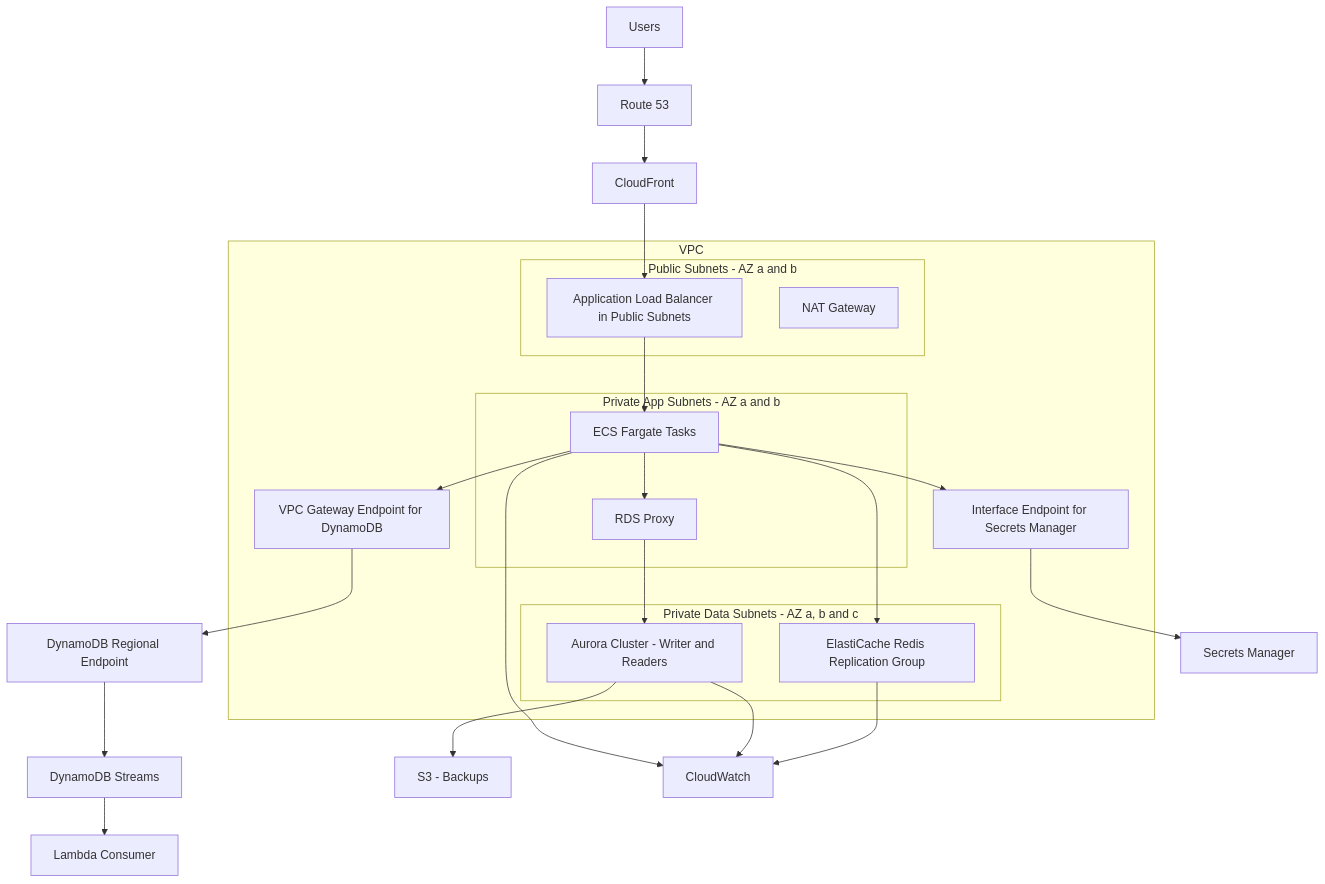
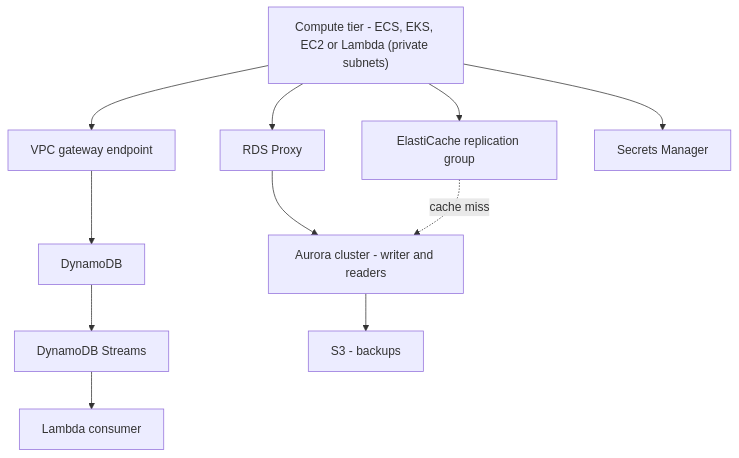
Before and after one commit to norbutlepcha25/dso303: the second of 3 diagrams in docs/unit1/topic5.md, drawn with Mermaid. The commit also changed other lines of this file and 164 other files, not shown here.

````diff
--- a/docs/unit1/topic5.md
+++ b/docs/unit1/topic5.md
@@ -391,36 +258,14 @@
 ```mermaid
 graph TD
-    U["Users"] --> R53["Route 53"]
-    R53 --> CF["CloudFront"]
-    CF --> ALB["Application Load Balancer in Public Subnets"]
-    subgraph VPC["VPC"]
-        subgraph PUB["Public Subnets - AZ a and b"]
-            ALB
-            NAT["NAT Gateway"]
-        end
-        subgraph APPSUB["Private App Subnets - AZ a and b"]
-            ECS["ECS Fargate Tasks"]
-            PROXY["RDS Proxy"]
-        end
-        subgraph DATASUB["Private Data Subnets - AZ a, b and c"]
-            CACHE["ElastiCache Redis Replication Group"]
-            AUR["Aurora Cluster - Writer and Readers"]
-        end
-        GWEP["VPC Gateway Endpoint for DynamoDB"]
-        IFEP["Interface Endpoint for Secrets Manager"]
-    end
-    ALB --> ECS
-    ECS --> CACHE
-    ECS --> PROXY
-    PROXY --> AUR
-    ECS --> GWEP
-    GWEP --> DDB["DynamoDB Regional Endpoint"]
-    ECS --> IFEP
-    IFEP --> SM["Secrets Manager"]
+    APP["Compute tier - ECS, EKS, EC2 or Lambda (private subnets)"]
+    APP --> CACHE["ElastiCache replication group"]
+    APP --> PROXY["RDS Proxy"]
+    PROXY --> AUR["Aurora cluster - writer and readers"]
+    CACHE -.->|"cache miss"| AUR
+    APP --> GWEP["VPC gateway endpoint"]
+    GWEP --> DDB["DynamoDB"]
     DDB --> STR["DynamoDB Streams"]
-    STR --> LAM["Lambda Consumer"]
-    AUR --> S3["S3 - Backups"]
-    ECS --> CW["CloudWatch"]
-    AUR --> CW
-    CACHE --> CW
+    STR --> LAM["Lambda consumer"]
+    APP --> SM["Secrets Manager"]
+    AUR --> S3["S3 - backups"]
 ```
````
